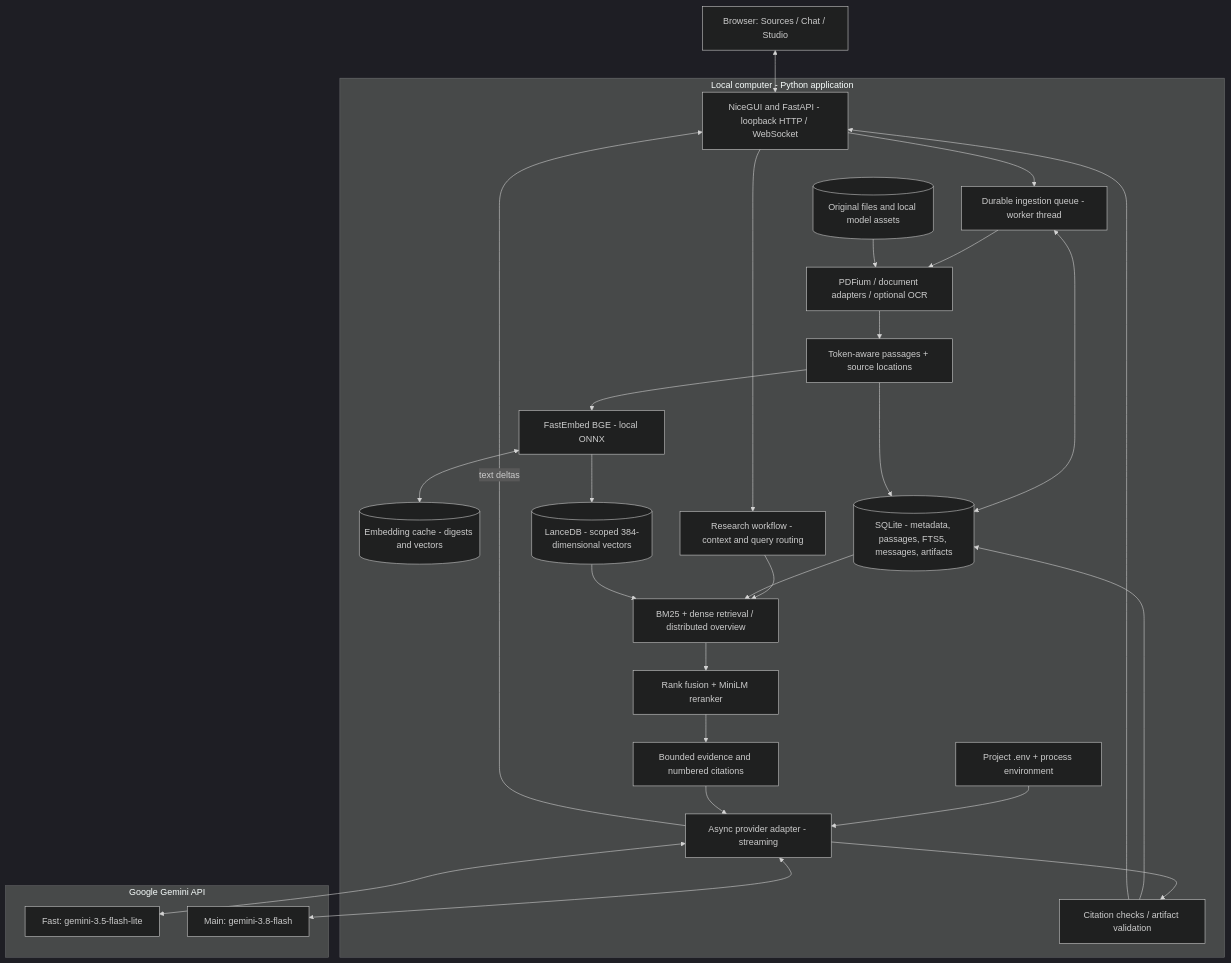
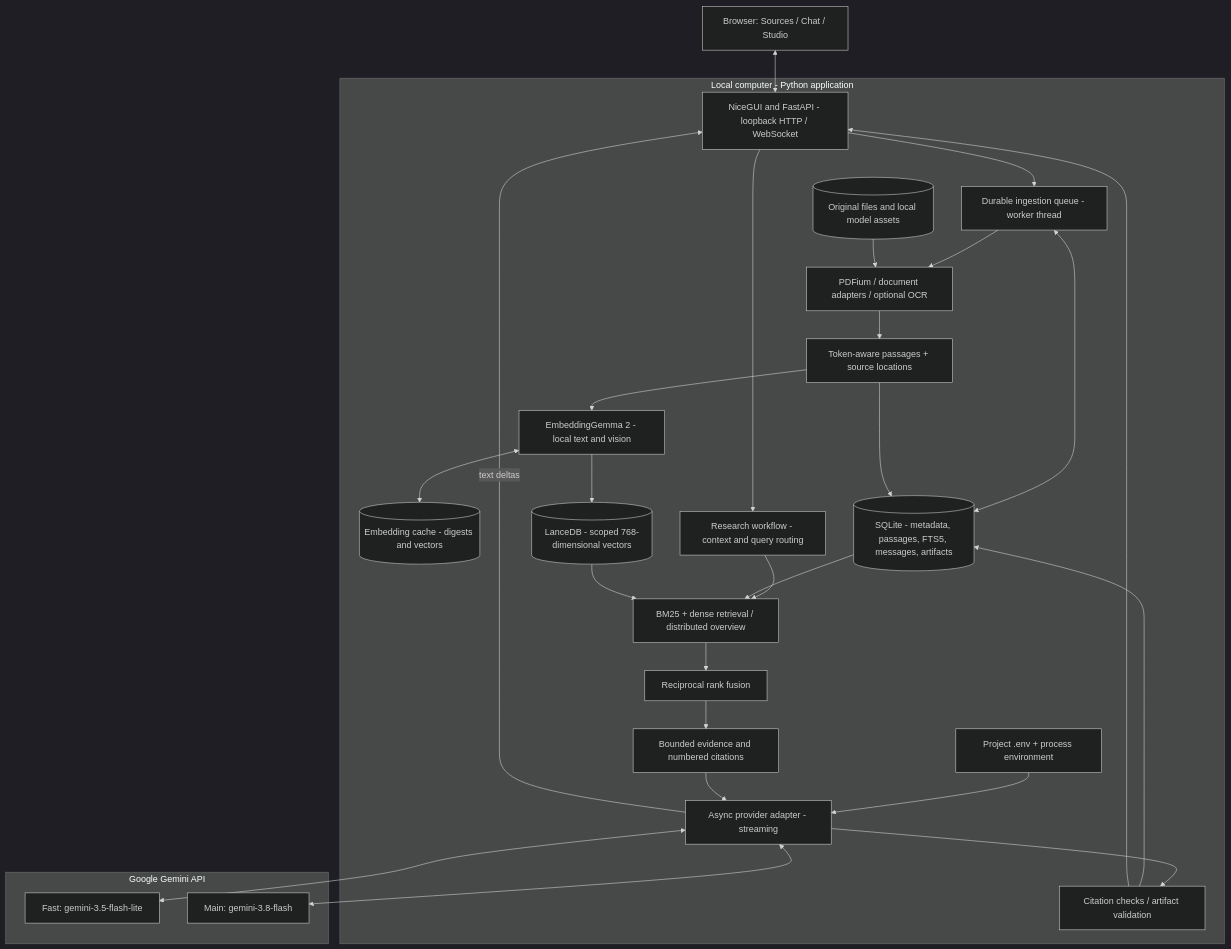
The first of 3 diagrams in docs/ARCHITECTURE.md (ryuu-la/NoteBookLm), drawn with Mermaid (dark theme) before and after one commit. The commit also changed other lines of this file and 72 other files, not shown here.

Commit message:
Use text-only Gemma retrieval and improve indexing and interactive mind maps

````diff
--- a/docs/ARCHITECTURE.md
+++ b/docs/ARCHITECTURE.md
@@ -9,44 +9,44 @@
 ```mermaid
 flowchart TB
     User[Browser: Sources / Chat / Studio]
     subgraph Local[Local computer - Python application]
         UI[NiceGUI and FastAPI - loopback HTTP / WebSocket]
         Config[Project .env + process environment]
         Queue[Durable ingestion queue - worker thread]
         Parse[PDFium / document adapters / optional OCR]
         Chunk[Token-aware passages + source locations]
-        Embed[FastEmbed BGE - local ONNX]
+        Embed[EmbeddingGemma 2 - local text and vision]
         Cache[(Embedding cache - digests and vectors)]
         SQL[(SQLite - metadata, passages, FTS5, messages, artifacts)]
-        Vectors[(LanceDB - scoped 384-dimensional vectors)]
+        Vectors[(LanceDB - scoped 768-dimensional vectors)]
         Files[(Original files and local model assets)]
         Route[Research workflow - context and query routing]
         Search[BM25 + dense retrieval / distributed overview]
-        Rank[Rank fusion + MiniLM reranker]
+        Rank[Reciprocal rank fusion]
         Context[Bounded evidence and numbered citations]
         Provider[Async provider adapter - streaming]
         Validate[Citation checks / artifact validation]
     end
     subgraph Cloud[Google Gemini API]
         Fast[Fast: gemini-3.5-flash-lite]
         Main[Main: gemini-3.8-flash]
     end
     User <--> UI
     Config --> Provider
     UI --> Queue --> Parse --> Chunk
     Queue <--> SQL
     Files --> Parse
     Chunk --> SQL
     Chunk --> Embed
     Embed <--> Cache
     Embed --> Vectors
     UI --> Route --> Search
     SQL --> Search
     Vectors --> Search
     Search --> Rank --> Context --> Provider
     Provider <--> Fast
     Provider <--> Main
     Provider -->|text deltas| UI
     Provider --> Validate --> SQL
     Validate --> UI
 ```
````
